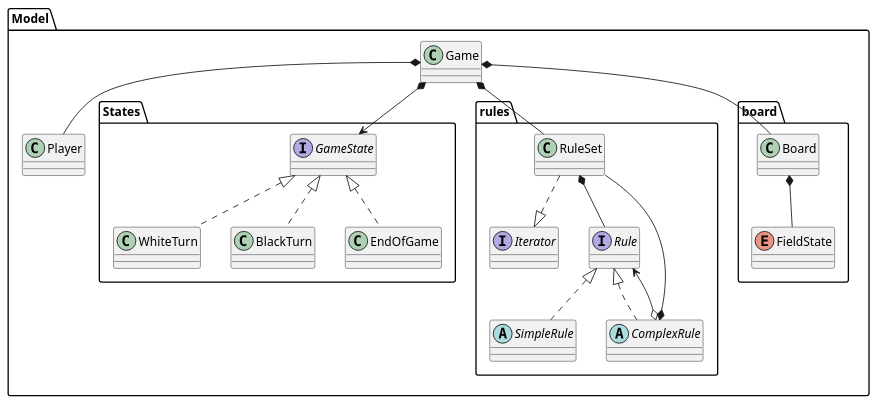
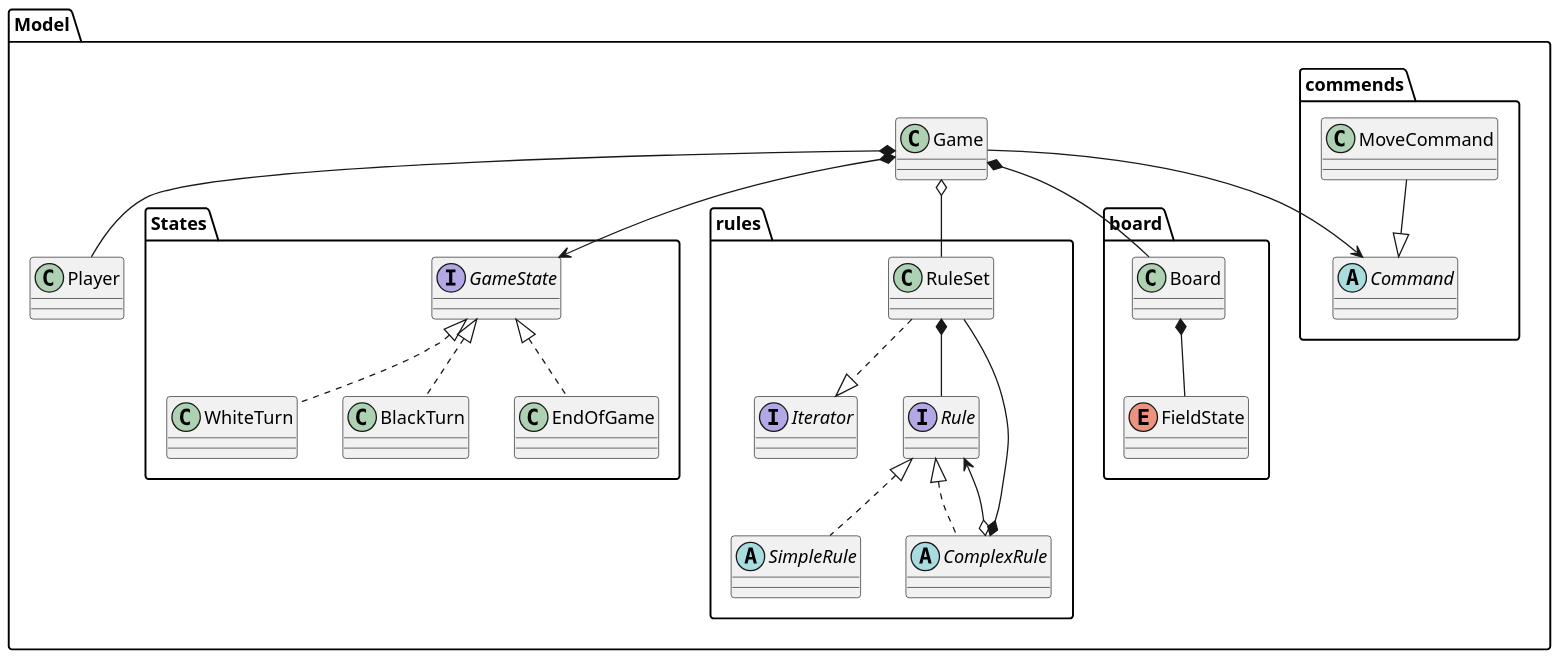
One commit to K3tnas/GOgame changed the diagram in src/main/plantuml/Model.puml. Above: the diagram before and after it, drawn with PlantUML. The commit also changed 8 other files, not shown here.

```diff
--- a/src/main/plantuml/Model.puml
+++ b/src/main/plantuml/Model.puml
@@ -1,67 +1,79 @@
 @startuml
+Scale 1.5
 package Model {
 
   class Game {
   }
 
   class Player {
   }
 
   package States {
     interface GameState {
     }
 
     class WhiteTurn {
     }
 
     class BlackTurn {
     }
 
     class EndOfGame {
     }
 
     GameState <|.. WhiteTurn
     GameState <|.. BlackTurn
     GameState <|.. EndOfGame
   }
 
   package rules {
     class RuleSet {
     }
 
     interface Iterator {
     }
 
     interface Rule {
     }
 
     abstract class SimpleRule {
     }
 
     abstract class ComplexRule {
     }
 
     Rule <|.. SimpleRule
     Rule <|.. ComplexRule
     ComplexRule o-->  Rule
     ComplexRule *-- RuleSet
     RuleSet *-- Rule
     RuleSet ..|> Iterator
   }
 
   package board {
     class Board {
     }
 
     Enum FieldState {
     }
 
     Board *-- FieldState
   }
+  
+  package commends {
+    abstract Command {
+    }
+    
+    class MoveCommand {
+    }
+    
+    MoveCommand --|> Command
+    }
 
-  Game  *-- RuleSet
+  Game  o-- RuleSet
   Game  *-- Board
   Game *--> GameState
   Game *-- Player
+  Game --> Command
 }
 @enduml
```
